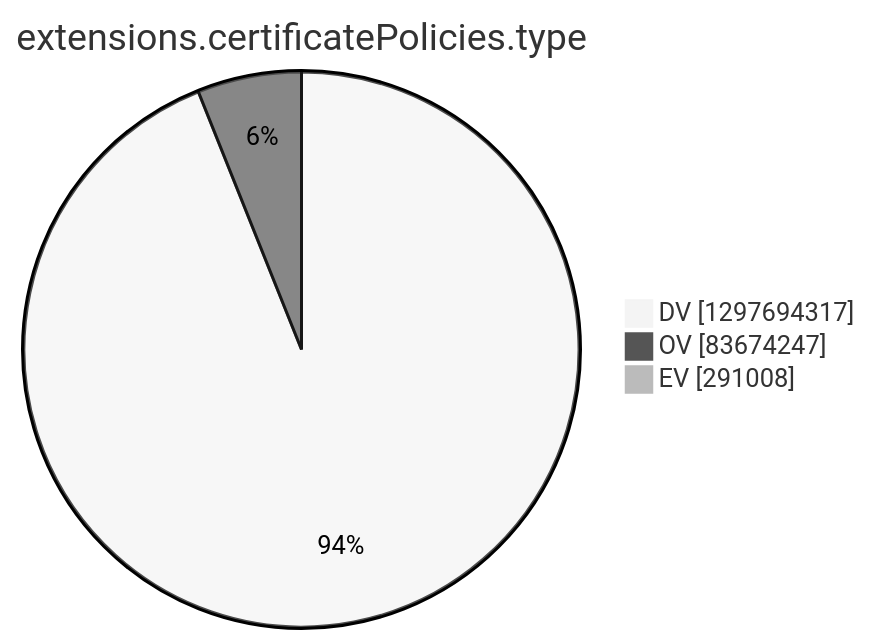
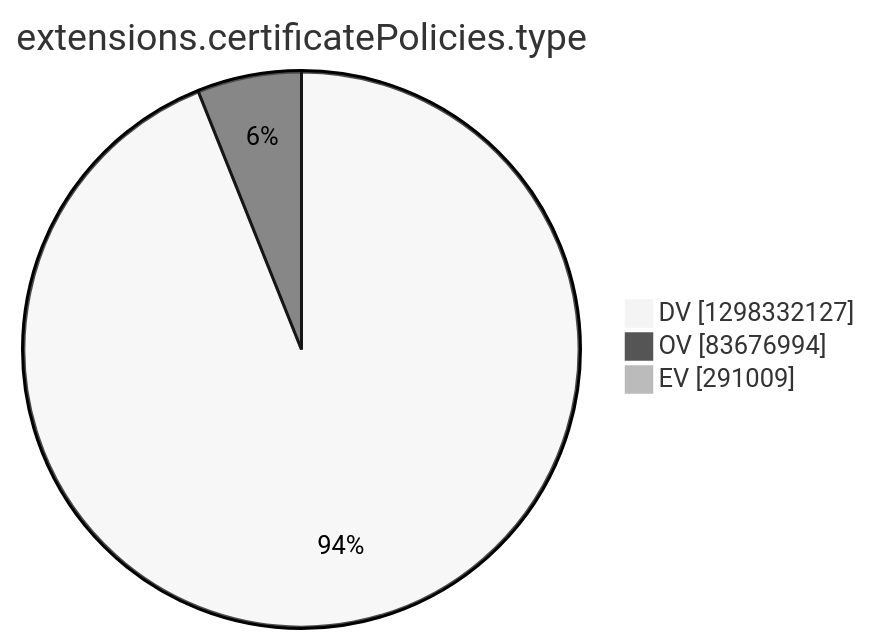
Before and after one commit to christiankrug/ctmonitor_visualization: the tenth of 15 diagrams in argon2022/README.md, drawn with Mermaid (neutral theme). The commit also changed other lines of this file, not shown here.

````diff
--- a/argon2022/README.md
+++ b/argon2022/README.md
@@ -2772,7 +2772,7 @@
 ```mermaid
 pie showData
 title extensions.certificatePolicies.type
-"DV" :1297694317
-"OV" :83674247
-"EV" :291008
+"DV" :1298332127
+"OV" :83676994
+"EV" :291009
 ```
````
